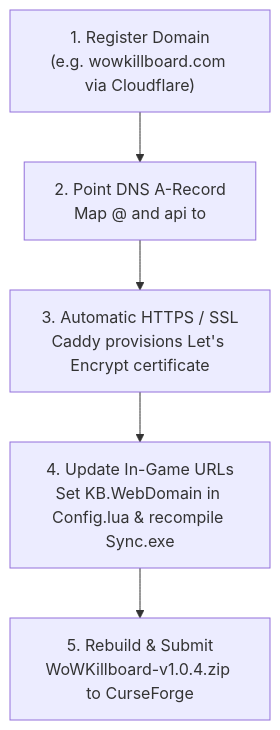
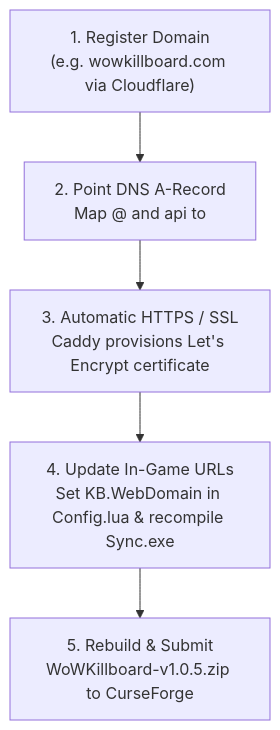
Before and after one commit to dagariane-commits/WoW_Killboard: the diagram in docs/PUBLIC_RELEASE_PLAYBOOK.md, drawn with Mermaid. The commit also changed other lines of this file and 32 other files, not shown here.

````diff
--- a/docs/PUBLIC_RELEASE_PLAYBOOK.md
+++ b/docs/PUBLIC_RELEASE_PLAYBOOK.md
@@ -11,7 +11,7 @@
 ```mermaid
 flowchart TD
     S1["1. Register Domain\n(e.g. wowkillboard.com via Cloudflare)"] --> S2["2. Point DNS A-Record\nMap @ and api to <YOUR_VPS_PUBLIC_IP>"]
     S2 --> S3["3. Automatic HTTPS / SSL\nCaddy provisions Let's Encrypt certificate"]
     S3 --> S4["4. Update In-Game URLs\nSet KB.WebDomain in Config.lua & recompile Sync.exe"]
-    S4 --> S5["5. Rebuild & Submit\nWoWKillboard-v1.0.4.zip to CurseForge"]
+    S4 --> S5["5. Rebuild & Submit\nWoWKillboard-v1.0.5.zip to CurseForge"]
 ```
````
